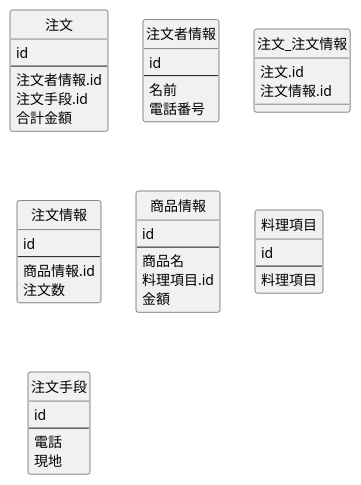
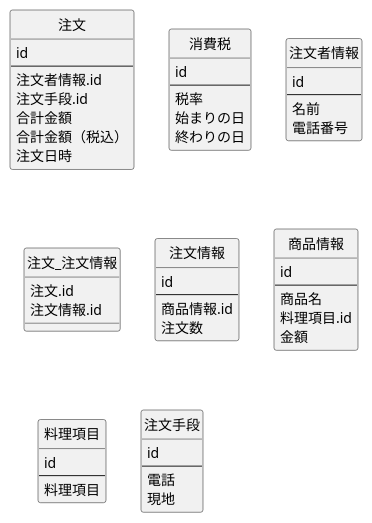
Before and after one commit to kooooichi24/rakuraku-erd-lesson: the diagram in take-out-order-form/database-design.wsd, drawn with PlantUML.

Commit message:
税金考えて見た

```diff
--- a/take-out-order-form/database-design.wsd
+++ b/take-out-order-form/database-design.wsd
@@ -1,56 +1,66 @@
 @startuml database-design
 
 ' hide the spot
 hide circle
 ' avoid problems with angled crows feet
 skinparam linetype ortho
 
 entity 注文 {
   id
   --
   注文者情報.id
   注文手段.id
   合計金額
+  合計金額（税込）
+  注文日時
+}
+
+entity 消費税 {
+  id
+  --
+  税率
+  始まりの日
+  終わりの日
 }
 
 entity 注文者情報 {
   id
   --
   名前
   電話番号
 }
 
 entity 注文_注文情報 {
   注文.id
   注文情報.id
 }
 
 entity 注文情報 {
   id
   --
   商品情報.id
   注文数
 }
 
 entity 商品情報 {
   id
   --
   商品名
   料理項目.id
   金額
 }
 
 entity 料理項目 {
   id
   --
   料理項目
 }
 
 entity 注文手段 {
   id
   --
   電話
   現地
 }
 
 @enduml
```
